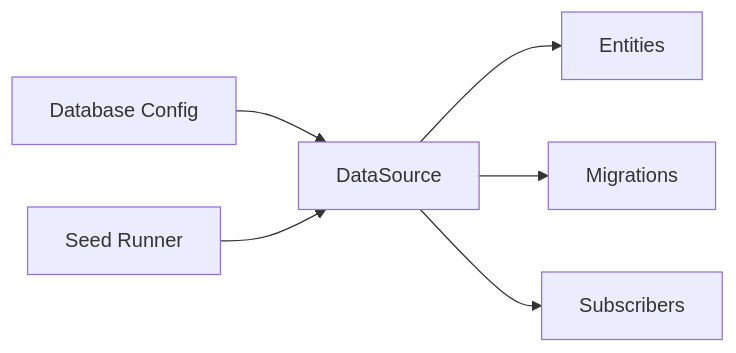
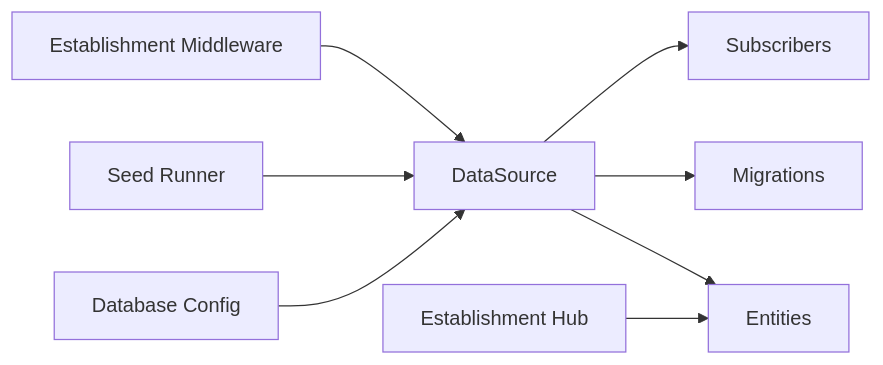
One commit to franckylab/eLISAschool changed the third of 4 diagrams in .qoder/repowiki/en/content/Database Schema & Data Model/Database Schema & Data Model.md. Above: the diagram before and after it, drawn with Mermaid. The commit also changed other lines of this file and 126 other files, not shown here.

````diff
--- a/.qoder/repowiki/en/content/Database Schema & Data Model/Database Schema & Data Model.md
+++ b/.qoder/repowiki/en/content/Database Schema & Data Model/Database Schema & Data Model.md
@@ -292,8 +386,10 @@
 ```mermaid
 graph LR
 CFG["Database Config"] --> DS["DataSource"]
 DS --> ENT["Entities"]
 DS --> MIG["Migrations"]
 DS --> SUB["Subscribers"]
 SEED["Seed Runner"] --> DS
+ETAB["Establishment Hub"] --> ENT
+MWARE["Establishment Middleware"] --> DS
 ```
````
